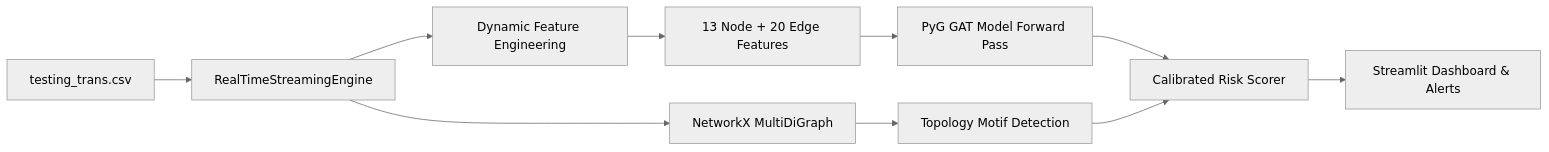
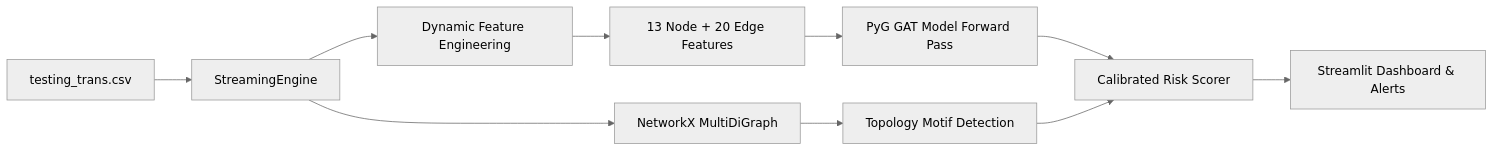
The diagram in README.md (Pooja52755/Real-streaming_AML), drawn with Mermaid (neutral theme) before and after one commit. The commit also changed other lines of this file and 11 other files, not shown here.

````diff
--- a/README.md
+++ b/README.md
@@ -93,12 +98,12 @@
 ```mermaid
 flowchart LR
-    A[testing_trans.csv] --> B[RealTimeStreamingEngine]
+    A[testing_trans.csv] --> B[StreamingEngine]
     B --> C[NetworkX MultiDiGraph]
     B --> D[Dynamic Feature Engineering]
     D --> E[13 Node + 20 Edge Features]
     E --> F[PyG GAT Model Forward Pass]
     C --> G[Topology Motif Detection]
     F --> H[Calibrated Risk Scorer]
     G --> H
     H --> I[Streamlit Dashboard & Alerts]
 ```
````
